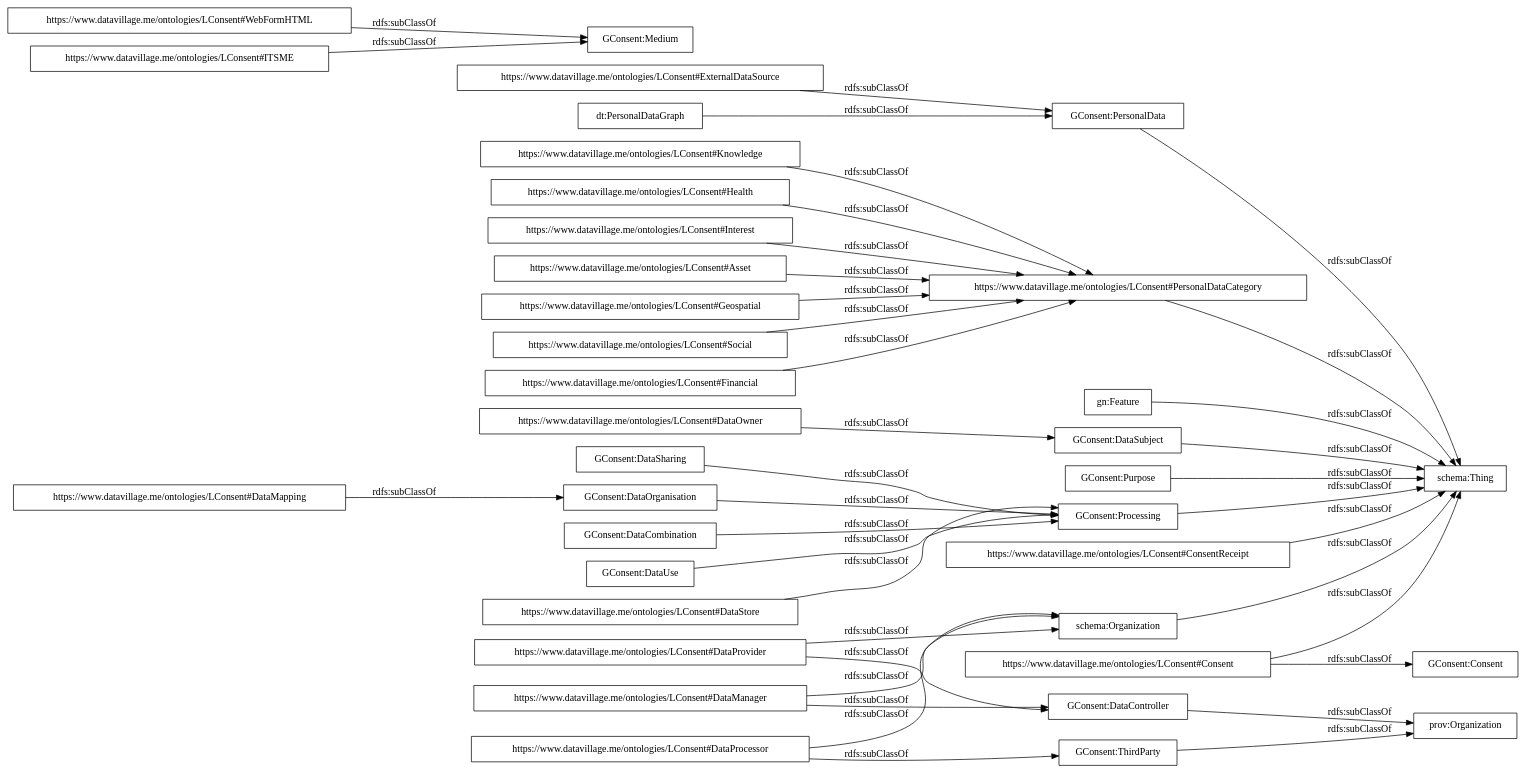
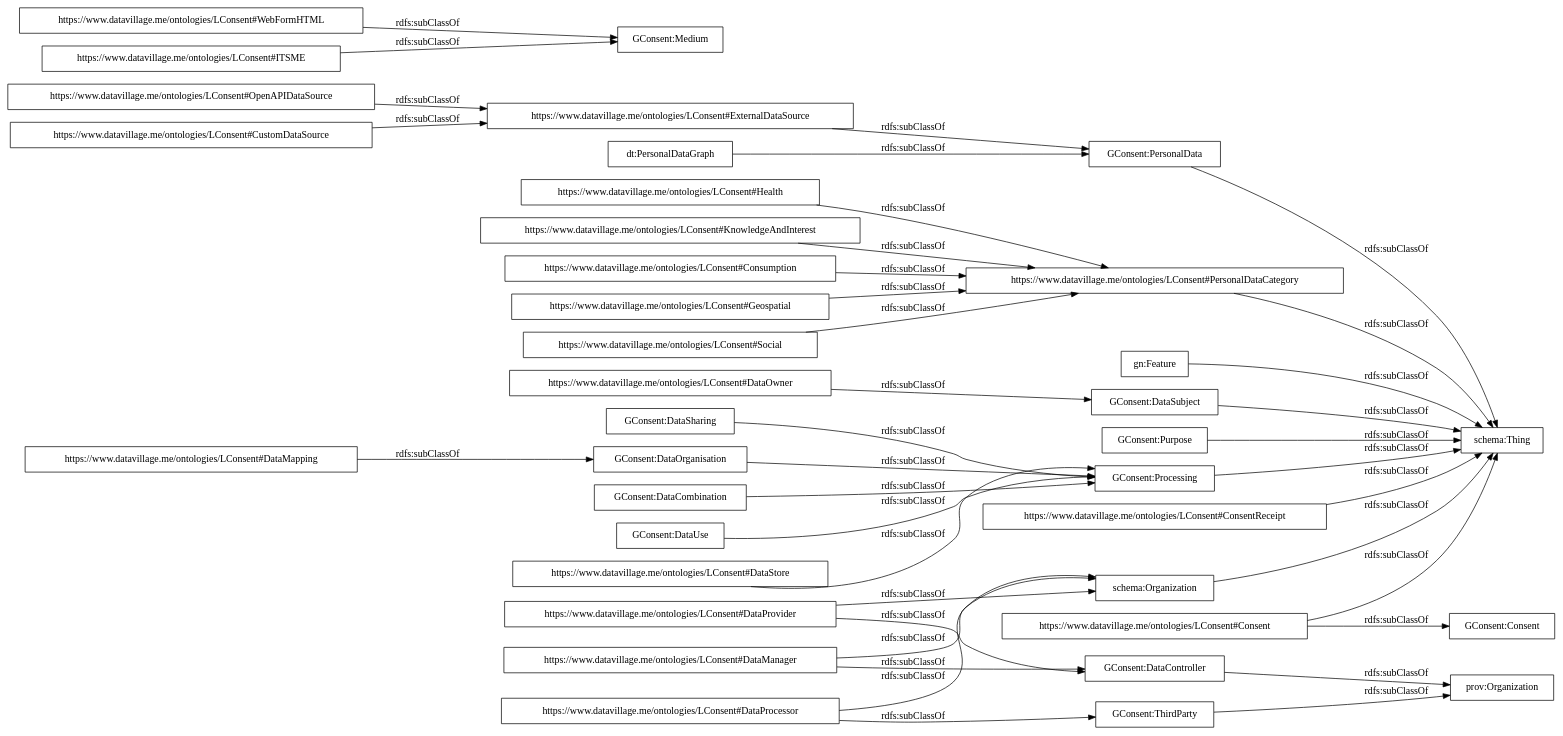
Before and after one commit to datavillage-me/ontologies: the diagram in OnToology/LConsent/ontology.owl/diagrams/ar2dtool-taxonomy/ontology.owl.png.dot, drawn with Graphviz. The commit also changed 27 other files, not shown here.

```diff
--- a/OnToology/LConsent/ontology.owl/diagrams/ar2dtool-taxonomy/ontology.owl.png.dot
+++ b/OnToology/LConsent/ontology.owl/diagrams/ar2dtool-taxonomy/ontology.owl.png.dot
@@ -1,42 +1,42 @@
 digraph ar2dtool_diagram { 
 rankdir=LR;
 size="1000"
-node [shape = rectangle, color="black"]; "GConsent:DataSharing" "https://www.datavillage.me/ontologies/LConsent#Knowledge" "GConsent:PersonalData" "https://www.datavillage.me/ontologies/LConsent#Health" "https://www.datavillage.me/ontologies/LConsent#PersonalDataCategory" "gn:Feature" "prov:Organization" "schema:Thing" "GConsent:DataSubject" "GConsent:Purpose" "https://www.datavillage.me/ontologies/LConsent#DataProvider" "GConsent:DataOrganisation" "https://www.datavillage.me/ontologies/LConsent#WebFormHTML" "https://www.datavillage.me/ontologies/LConsent#ExternalDataSource" "GConsent:Processing" "https://www.datavillage.me/ontologies/LConsent#Interest" "https://www.datavillage.me/ontologies/LConsent#Asset" "GConsent:DataCombination" "https://www.datavillage.me/ontologies/LConsent#DataManager" "https://www.datavillage.me/ontologies/LConsent#ConsentReceipt" "https://www.datavillage.me/ontologies/LConsent#Geospatial" "dt:PersonalDataGraph" "schema:Organization" "https://www.datavillage.me/ontologies/LConsent#Consent" "GConsent:Consent" "GConsent:DataUse" "https://www.datavillage.me/ontologies/LConsent#Social" "https://www.datavillage.me/ontologies/LConsent#DataMapping" "https://www.datavillage.me/ontologies/LConsent#DataStore" "GConsent:DataController" "https://www.datavillage.me/ontologies/LConsent#DataOwner" "https://www.datavillage.me/ontologies/LConsent#ITSME" "https://www.datavillage.me/ontologies/LConsent#DataProcessor" "GConsent:ThirdParty" "https://www.datavillage.me/ontologies/LConsent#Financial" "GConsent:Medium" ; /*classes style*/
+node [shape = rectangle, color="black"]; "GConsent:DataSharing" "GConsent:PersonalData" "https://www.datavillage.me/ontologies/LConsent#Health" "https://www.datavillage.me/ontologies/LConsent#PersonalDataCategory" "gn:Feature" "prov:Organization" "schema:Thing" "GConsent:DataSubject" "GConsent:Purpose" "https://www.datavillage.me/ontologies/LConsent#OpenAPIDataSource" "https://www.datavillage.me/ontologies/LConsent#DataProvider" "GConsent:DataOrganisation" "https://www.datavillage.me/ontologies/LConsent#WebFormHTML" "https://www.datavillage.me/ontologies/LConsent#KnowledgeAndInterest" "https://www.datavillage.me/ontologies/LConsent#ExternalDataSource" "GConsent:Processing" "https://www.datavillage.me/ontologies/LConsent#Consumption" "GConsent:DataCombination" "https://www.datavillage.me/ontologies/LConsent#DataManager" "https://www.datavillage.me/ontologies/LConsent#ConsentReceipt" "https://www.datavillage.me/ontologies/LConsent#Geospatial" "dt:PersonalDataGraph" "schema:Organization" "https://www.datavillage.me/ontologies/LConsent#Consent" "GConsent:Consent" "GConsent:DataUse" "https://www.datavillage.me/ontologies/LConsent#Social" "https://www.datavillage.me/ontologies/LConsent#DataMapping" "https://www.datavillage.me/ontologies/LConsent#DataStore" "GConsent:DataController" "https://www.datavillage.me/ontologies/LConsent#CustomDataSource" "https://www.datavillage.me/ontologies/LConsent#DataOwner" "https://www.datavillage.me/ontologies/LConsent#ITSME" "https://www.datavillage.me/ontologies/LConsent#DataProcessor" "GConsent:ThirdParty" "GConsent:Medium" ; /*classes style*/
 	"https://www.datavillage.me/ontologies/LConsent#Geospatial" -> "https://www.datavillage.me/ontologies/LConsent#PersonalDataCategory" [ label = "rdfs:subClassOf" ];
 	"https://www.datavillage.me/ontologies/LConsent#PersonalDataCategory" -> "schema:Thing" [ label = "rdfs:subClassOf" ];
 	"gn:Feature" -> "schema:Thing" [ label = "rdfs:subClassOf" ];
 	"https://www.datavillage.me/ontologies/LConsent#ExternalDataSource" -> "GConsent:PersonalData" [ label = "rdfs:subClassOf" ];
-	"https://www.datavillage.me/ontologies/LConsent#Asset" -> "https://www.datavillage.me/ontologies/LConsent#PersonalDataCategory" [ label = "rdfs:subClassOf" ];
+	"https://www.datavillage.me/ontologies/LConsent#CustomDataSource" -> "https://www.datavillage.me/ontologies/LConsent#ExternalDataSource" [ label = "rdfs:subClassOf" ];
+	"https://www.datavillage.me/ontologies/LConsent#Consumption" -> "https://www.datavillage.me/ontologies/LConsent#PersonalDataCategory" [ label = "rdfs:subClassOf" ];
 	"https://www.datavillage.me/ontologies/LConsent#DataProvider" -> "GConsent:DataController" [ label = "rdfs:subClassOf" ];
 	"https://www.datavillage.me/ontologies/LConsent#DataProvider" -> "schema:Organization" [ label = "rdfs:subClassOf" ];
 	"https://www.datavillage.me/ontologies/LConsent#DataOwner" -> "GConsent:DataSubject" [ label = "rdfs:subClassOf" ];
 	"GConsent:Processing" -> "schema:Thing" [ label = "rdfs:subClassOf" ];
 	"GConsent:ThirdParty" -> "prov:Organization" [ label = "rdfs:subClassOf" ];
 	"GConsent:DataUse" -> "GConsent:Processing" [ label = "rdfs:subClassOf" ];
-	"https://www.datavillage.me/ontologies/LConsent#Knowledge" -> "https://www.datavillage.me/ontologies/LConsent#PersonalDataCategory" [ label = "rdfs:subClassOf" ];
-	"https://www.datavillage.me/ontologies/LConsent#Financial" -> "https://www.datavillage.me/ontologies/LConsent#PersonalDataCategory" [ label = "rdfs:subClassOf" ];
-	"https://www.datavillage.me/ontologies/LConsent#Interest" -> "https://www.datavillage.me/ontologies/LConsent#PersonalDataCategory" [ label = "rdfs:subClassOf" ];
+	"https://www.datavillage.me/ontologies/LConsent#DataMapping" -> "GConsent:DataOrganisation" [ label = "rdfs:subClassOf" ];
 	"https://www.datavillage.me/ontologies/LConsent#ConsentReceipt" -> "schema:Thing" [ label = "rdfs:subClassOf" ];
-	"https://www.datavillage.me/ontologies/LConsent#DataMapping" -> "GConsent:DataOrganisation" [ label = "rdfs:subClassOf" ];
+	"https://www.datavillage.me/ontologies/LConsent#KnowledgeAndInterest" -> "https://www.datavillage.me/ontologies/LConsent#PersonalDataCategory" [ label = "rdfs:subClassOf" ];
 	"https://www.datavillage.me/ontologies/LConsent#DataManager" -> "GConsent:DataController" [ label = "rdfs:subClassOf" ];
 	"https://www.datavillage.me/ontologies/LConsent#DataManager" -> "schema:Organization" [ label = "rdfs:subClassOf" ];
 	"schema:Organization" -> "schema:Thing" [ label = "rdfs:subClassOf" ];
+	"GConsent:DataSharing" -> "GConsent:Processing" [ label = "rdfs:subClassOf" ];
 	"GConsent:DataCombination" -> "GConsent:Processing" [ label = "rdfs:subClassOf" ];
-	"GConsent:DataSharing" -> "GConsent:Processing" [ label = "rdfs:subClassOf" ];
 	"https://www.datavillage.me/ontologies/LConsent#DataProcessor" -> "GConsent:ThirdParty" [ label = "rdfs:subClassOf" ];
 	"https://www.datavillage.me/ontologies/LConsent#DataProcessor" -> "schema:Organization" [ label = "rdfs:subClassOf" ];
 	"https://www.datavillage.me/ontologies/LConsent#Social" -> "https://www.datavillage.me/ontologies/LConsent#PersonalDataCategory" [ label = "rdfs:subClassOf" ];
+	"https://www.datavillage.me/ontologies/LConsent#OpenAPIDataSource" -> "https://www.datavillage.me/ontologies/LConsent#ExternalDataSource" [ label = "rdfs:subClassOf" ];
 	"GConsent:DataController" -> "prov:Organization" [ label = "rdfs:subClassOf" ];
 	"https://www.datavillage.me/ontologies/LConsent#ITSME" -> "GConsent:Medium" [ label = "rdfs:subClassOf" ];
 	"https://www.datavillage.me/ontologies/LConsent#WebFormHTML" -> "GConsent:Medium" [ label = "rdfs:subClassOf" ];
 	"dt:PersonalDataGraph" -> "GConsent:PersonalData" [ label = "rdfs:subClassOf" ];
 	"https://www.datavillage.me/ontologies/LConsent#DataStore" -> "GConsent:Processing" [ label = "rdfs:subClassOf" ];
 	"GConsent:Purpose" -> "schema:Thing" [ label = "rdfs:subClassOf" ];
 	"https://www.datavillage.me/ontologies/LConsent#Health" -> "https://www.datavillage.me/ontologies/LConsent#PersonalDataCategory" [ label = "rdfs:subClassOf" ];
+	"https://www.datavillage.me/ontologies/LConsent#Consent" -> "schema:Thing" [ label = "rdfs:subClassOf" ];
 	"https://www.datavillage.me/ontologies/LConsent#Consent" -> "GConsent:Consent" [ label = "rdfs:subClassOf" ];
-	"https://www.datavillage.me/ontologies/LConsent#Consent" -> "schema:Thing" [ label = "rdfs:subClassOf" ];
 	"GConsent:PersonalData" -> "schema:Thing" [ label = "rdfs:subClassOf" ];
 	"GConsent:DataSubject" -> "schema:Thing" [ label = "rdfs:subClassOf" ];
 	"GConsent:DataOrganisation" -> "GConsent:Processing" [ label = "rdfs:subClassOf" ];
 
 }
```
